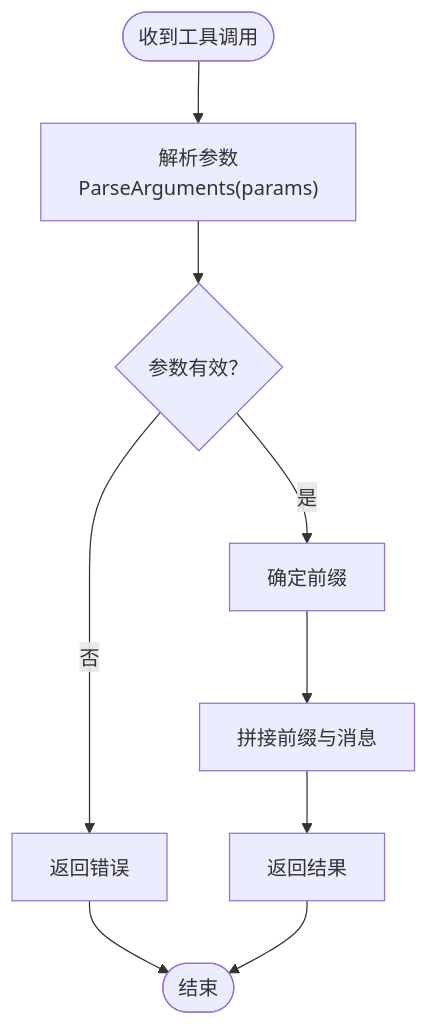
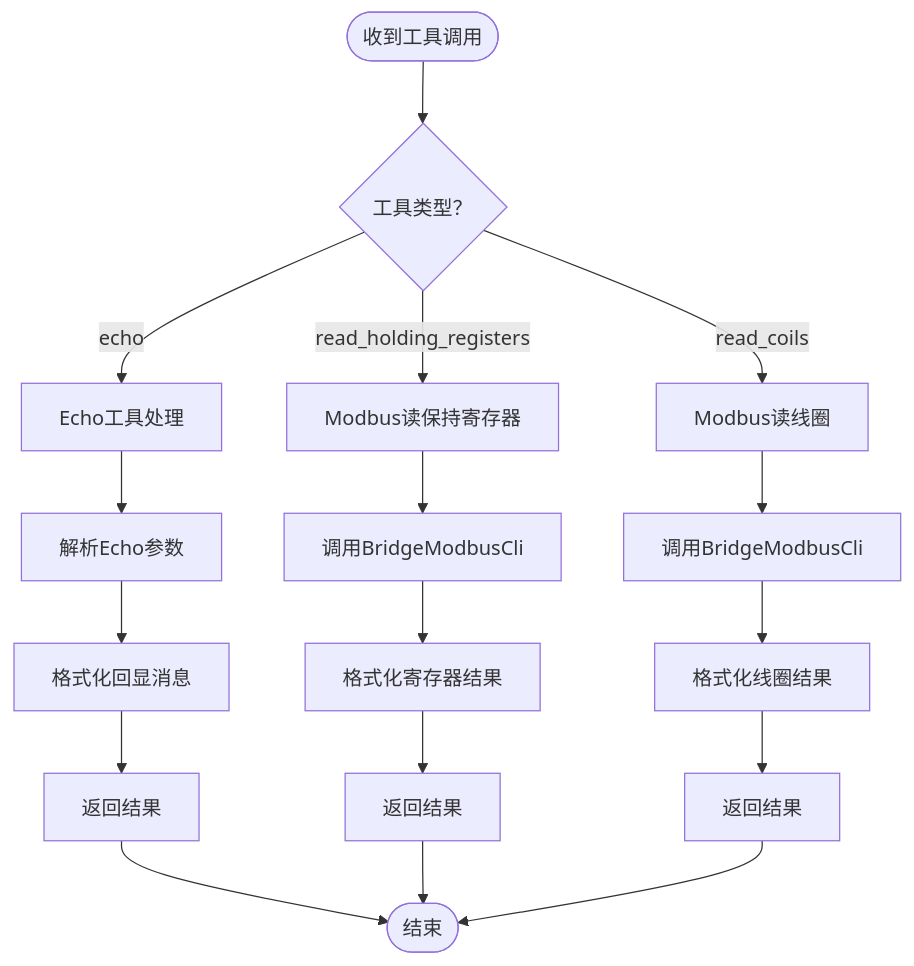
The third of 5 diagrams in .qoder/repowiki/zh/content/AI应用模块/MCP服务器.md (maomao94/zero-service), drawn with Mermaid before and after one commit. The commit also changed other lines of this file and 8 other files, not shown here.

````diff
--- a/.qoder/repowiki/zh/content/AI应用模块/MCP服务器.md
+++ b/.qoder/repowiki/zh/content/AI应用模块/MCP服务器.md
@@ -147,11 +179,19 @@
 ```mermaid
 flowchart TD
-Start(["收到工具调用"]) --> Parse["解析参数<br/>ParseArguments(params)"]
-Parse --> Valid{"参数有效？"}
-Valid --> |否| Err["返回错误"]
-Valid --> |是| Prefix["确定前缀"]
-Prefix --> Join["拼接前缀与消息"]
-Join --> Return["返回结果"]
-Err --> End(["结束"])
-Return --> End
+Start(["收到工具调用"]) --> Check{"工具类型？"}
+Check --> |echo| Echo["Echo工具处理"]
+Check --> |read_holding_registers| Modbus1["Modbus读保持寄存器"]
+Check --> |read_coils| Modbus2["Modbus读线圈"]
+Echo --> Parse1["解析Echo参数"]
+Parse1 --> Format1["格式化回显消息"]
+Format1 --> Return1["返回结果"]
+Modbus1 --> Call1["调用BridgeModbusCli"]
+Call1 --> Format2["格式化寄存器结果"]
+Format2 --> Return2["返回结果"]
+Modbus2 --> Call2["调用BridgeModbusCli"]
+Call2 --> Format3["格式化线圈结果"]
+Format3 --> Return3["返回结果"]
+Return1 --> End(["结束"])
+Return2 --> End
+Return3 --> End
 ```
````
